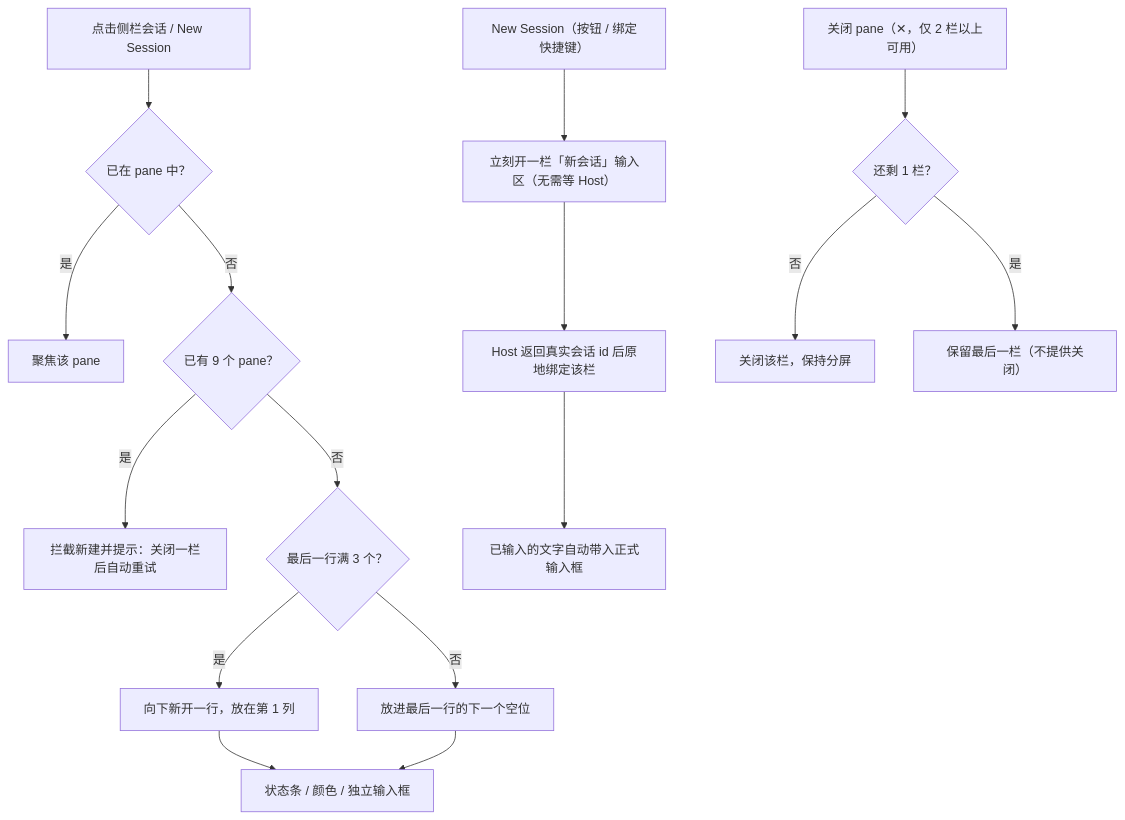
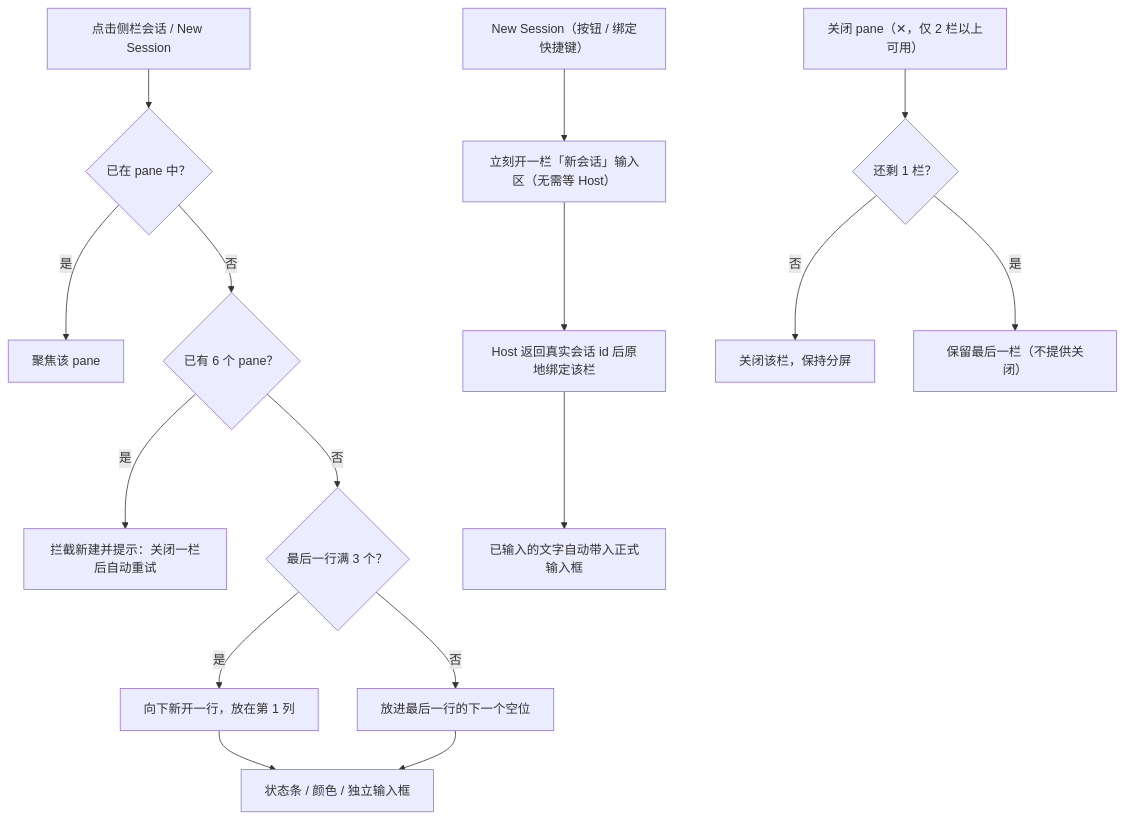
Before and after one commit to HZWzzl/dsh-split-panels: the second of 5 diagrams in README.md, drawn with Mermaid. The commit also changed other lines of this file and 3 other files, not shown here.

````diff
--- a/README.md
+++ b/README.md
@@ -50,18 +50,18 @@
 ```mermaid
 flowchart TD
   A["点击侧栏会话 / New Session"] --> B{"已在 pane 中？"}
   B -- 是 --> C["聚焦该 pane"]
-  B -- 否 --> D{"已有 9 个 pane？"}
+  B -- 否 --> D{"已有 6 个 pane？"}
   D -- 是 --> E["拦截新建并提示：关闭一栏后自动重试"]
   D -- 否 --> S{"最后一行满 3 个？"}
   S -- 是 --> F["向下新开一行，放在第 1 列"]
   S -- 否 --> F2["放进最后一行的下一个空位"]
   F --> G["状态条 / 颜色 / 独立输入框"]
   F2 --> G
   N["New Session（按钮 / 绑定快捷键）"] --> P["立刻开一栏「新会话」输入区（无需等 Host）"]
   P --> Q["Host 返回真实会话 id 后原地绑定该栏"]
   Q --> R["已输入的文字自动带入正式输入框"]
   H["关闭 pane（✕，仅 2 栏以上可用）"] --> I{"还剩 1 栏？"}
   I -- 否 --> J["关闭该栏，保持分屏"]
   I -- 是 --> K["保留最后一栏（不提供关闭）"]
 ```
````
